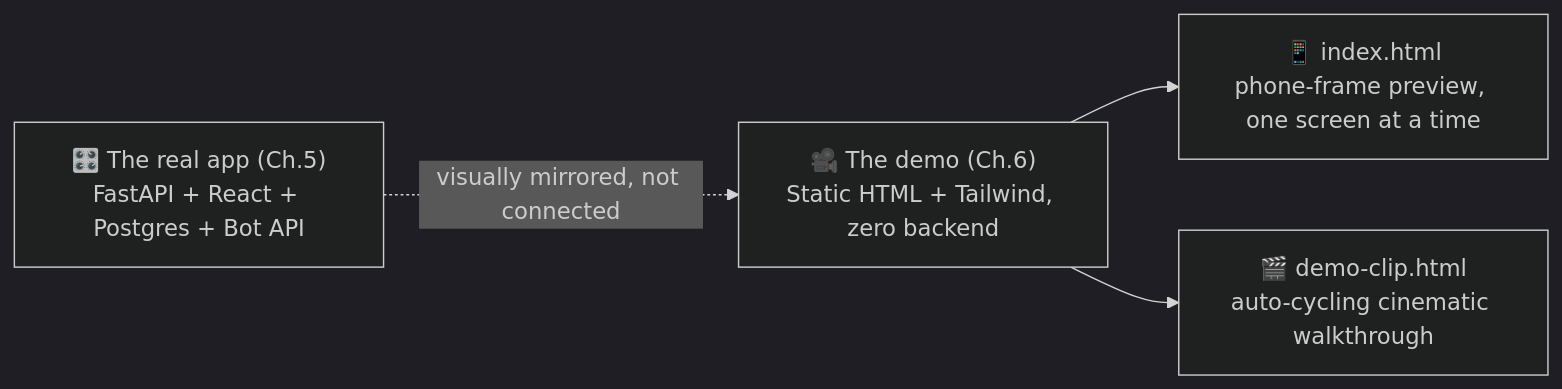
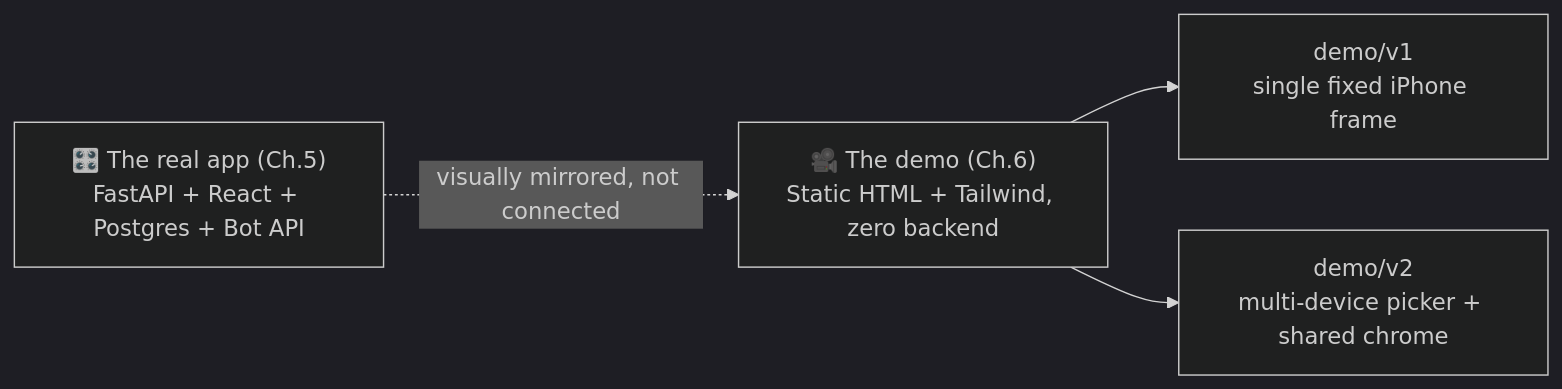
Before and after one commit to MaximumAsp66915/Applied_Data_Science_Course: the diagram in notebooks/6.demo.md, drawn with Mermaid (dark theme). The commit also changed other lines of this file and 4 other files, not shown here.

````diff
--- a/notebooks/6.demo.md
+++ b/notebooks/6.demo.md
@@ -16,6 +16,6 @@
 ```mermaid
 flowchart LR
     A["🎛️ The real app (Ch.5)<br/>FastAPI + React + Postgres + Bot API"] -.->|"visually mirrored, not connected"| B["🎥 The demo (Ch.6)<br/>Static HTML + Tailwind, zero backend"]
-    B --> C["📱 index.html<br/>phone-frame preview, one screen at a time"]
-    B --> D["🎬 demo-clip.html<br/>auto-cycling cinematic walkthrough"]
+    B --> C["demo/v1<br/>single fixed iPhone frame"]
+    B --> D["demo/v2<br/>multi-device picker + shared chrome"]
 ```
````
